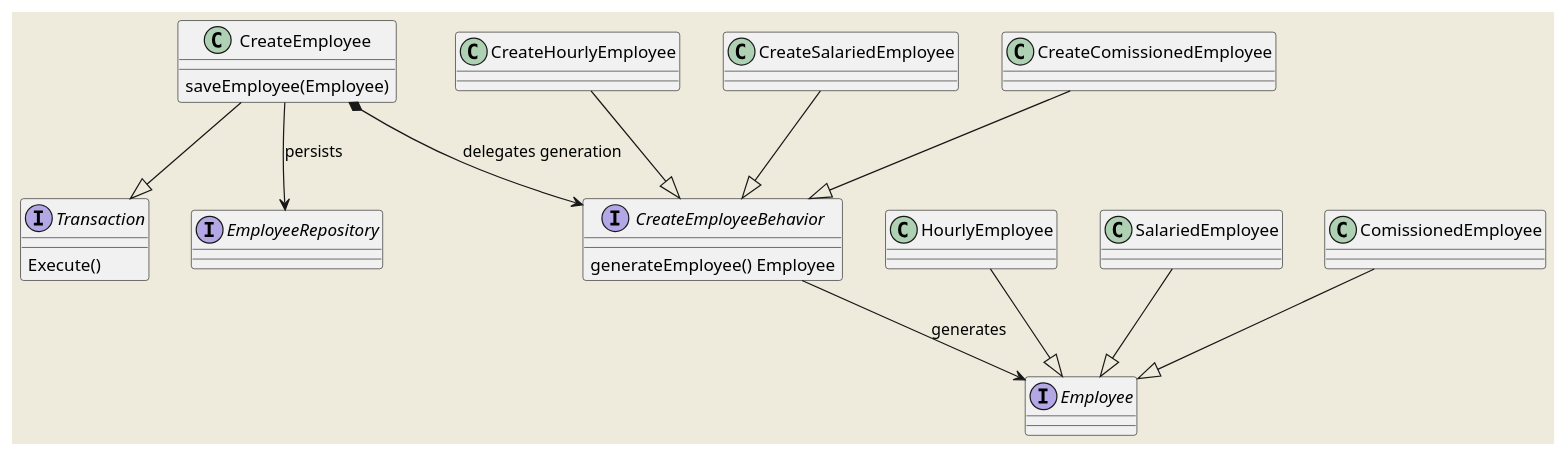
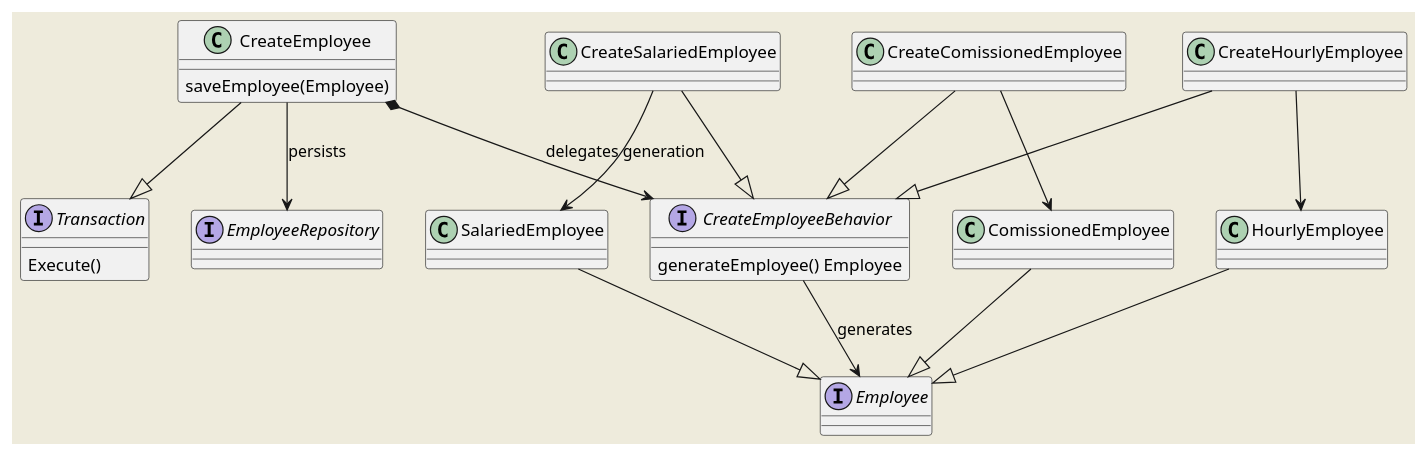
One commit to chicobaptista/golang-payload-casestudy changed the first of 2 diagrams in src/usecases/internal/createemployee/create-employee.md. Above: the diagram before and after it, drawn with PlantUML. The commit also changed other lines of this file, not shown here.

Commit message:
docs(create-employee): include class diagram

````diff
--- a/src/usecases/internal/createemployee/create-employee.md
+++ b/src/usecases/internal/createemployee/create-employee.md
@@ -42,30 +25,41 @@
 ```plantuml
 @startuml
 skinparam backgroundColor #EEEBDC
 interface Transaction {
     Execute()
 }
 class CreateEmployee{
     saveEmployee(Employee)
 }
 CreateEmployee--|>Transaction
+
+interface EmployeeRepository
+CreateEmployee-->EmployeeRepository:persists
+
 interface CreateEmployeeBehavior{
     generateEmployee() Employee
 }
+CreateEmployee*-->CreateEmployeeBehavior:delegates generation
+
+class CreateSalariedEmployee
+CreateSalariedEmployee--|>CreateEmployeeBehavior
+CreateSalariedEmployee-->SalariedEmployee
+class CreateComissionedEmployee
+CreateComissionedEmployee--|>CreateEmployeeBehavior
+CreateComissionedEmployee-->ComissionedEmployee
 class CreateHourlyEmployee
 CreateHourlyEmployee--|>CreateEmployeeBehavior
-CreateSalariedEmployee--|>CreateEmployeeBehavior
-CreateComissionedEmployee--|>CreateEmployeeBehavior
-CreateEmployee*-->CreateEmployeeBehavior:delegates generation
+CreateHourlyEmployee-->HourlyEmployee
+
 interface Employee
 class HourlyEmployee
 HourlyEmployee--|>Employee
 class SalariedEmployee
 SalariedEmployee--|>Employee
 class ComissionedEmployee
 ComissionedEmployee--|>Employee
 CreateEmployeeBehavior-->Employee:generates
-interface EmployeeRepository
-CreateEmployee-->EmployeeRepository:persists
+
+
 @enduml
 ```
````
